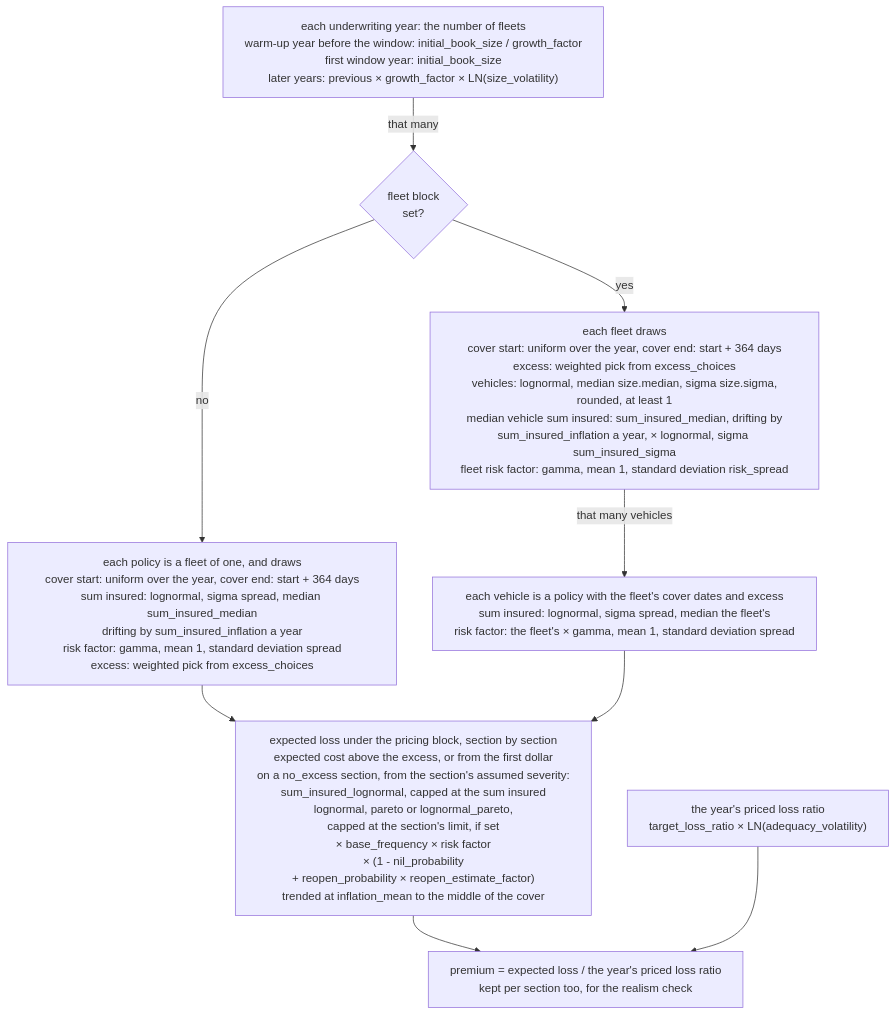
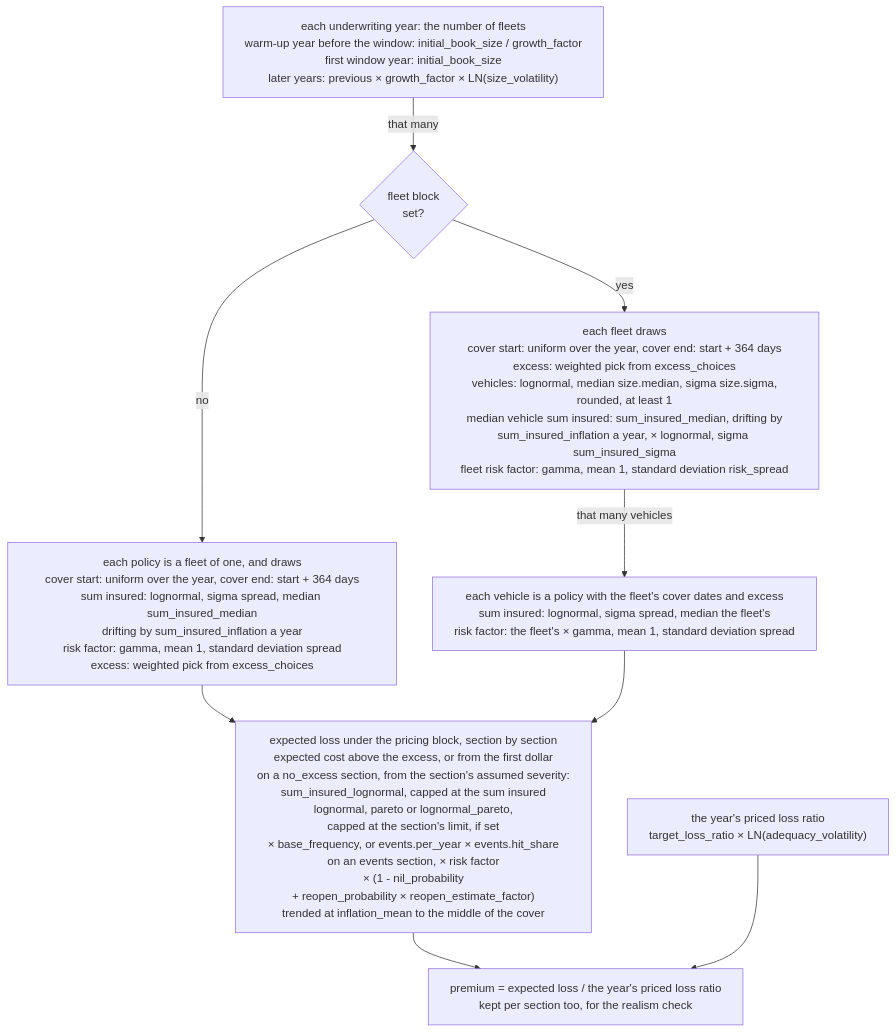
The third of 11 diagrams in README.md (le-marais/claims-data-generator), drawn with Mermaid before and after one commit. The commit also changed other lines of this file and 21 other files, not shown here.

````diff
--- a/README.md
+++ b/README.md
@@ -131,17 +131,17 @@
 ```mermaid
 %%{init: {"flowchart": {"wrappingWidth": 480}}}%%
 flowchart TD
     size["each underwriting year: the number of fleets<br/>warm-up year before the window: initial_book_size / growth_factor<br/>first window year: initial_book_size<br/>later years: previous × growth_factor × LN(size_volatility)"]
     priced["the year's priced loss ratio<br/>target_loss_ratio × LN(adequacy_volatility)"]
     fleetSet{"fleet block<br/>set?"}
     draws["each policy is a fleet of one, and draws<br/>cover start: uniform over the year, cover end: start + 364 days<br/>sum insured: lognormal, sigma spread, median sum_insured_median<br/>drifting by sum_insured_inflation a year<br/>risk factor: gamma, mean 1, standard deviation spread<br/>excess: weighted pick from excess_choices"]
     fleet["each fleet draws<br/>cover start: uniform over the year, cover end: start + 364 days<br/>excess: weighted pick from excess_choices<br/>vehicles: lognormal, median size.median, sigma size.sigma,<br/>rounded, at least 1<br/>median vehicle sum insured: sum_insured_median, drifting by<br/>sum_insured_inflation a year, × lognormal, sigma sum_insured_sigma<br/>fleet risk factor: gamma, mean 1, standard deviation risk_spread"]
     vehicle["each vehicle is a policy with the fleet's cover dates and excess<br/>sum insured: lognormal, sigma spread, median the fleet's<br/>risk factor: the fleet's × gamma, mean 1, standard deviation spread"]
-    expected["expected loss under the pricing block, section by section<br/>expected cost above the excess, or from the first dollar<br/>on a no_excess section, from the section's assumed severity:<br/>sum_insured_lognormal, capped at the sum insured<br/>lognormal, pareto or lognormal_pareto,<br/>capped at the section's limit, if set<br/>× base_frequency × risk factor<br/>× (1 - nil_probability<br/>+ reopen_probability × reopen_estimate_factor)<br/>trended at inflation_mean to the middle of the cover"]
+    expected["expected loss under the pricing block, section by section<br/>expected cost above the excess, or from the first dollar<br/>on a no_excess section, from the section's assumed severity:<br/>sum_insured_lognormal, capped at the sum insured<br/>lognormal, pareto or lognormal_pareto,<br/>capped at the section's limit, if set<br/>× base_frequency, or events.per_year × events.hit_share<br/>on an events section, × risk factor<br/>× (1 - nil_probability<br/>+ reopen_probability × reopen_estimate_factor)<br/>trended at inflation_mean to the middle of the cover"]
     premium["premium = expected loss / the year's priced loss ratio<br/>kept per section too, for the realism check"]
     size -- "that many" --> fleetSet
     fleetSet -- "no" --> draws --> expected
     fleetSet -- "yes" --> fleet -- "that many vehicles" --> vehicle --> expected
     expected --> premium
     priced --> premium
 ```
````
